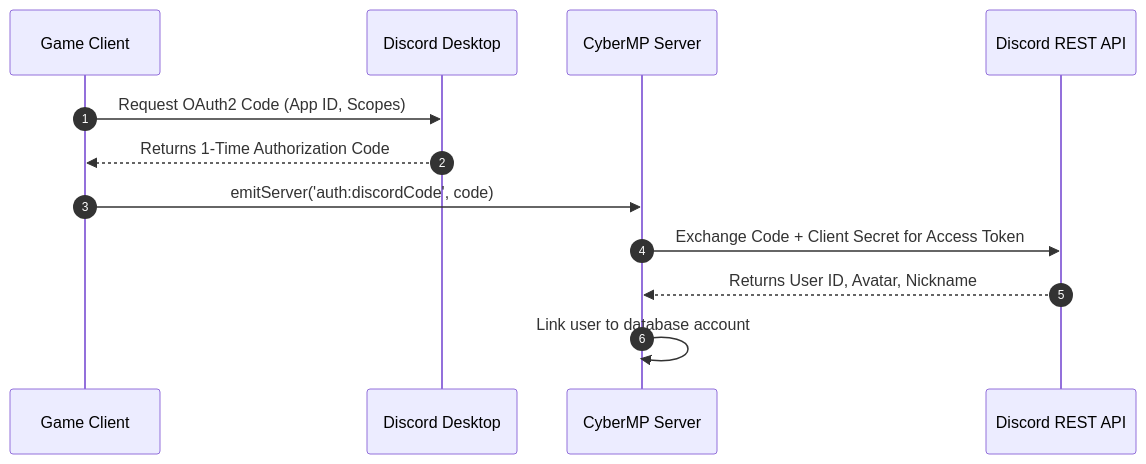
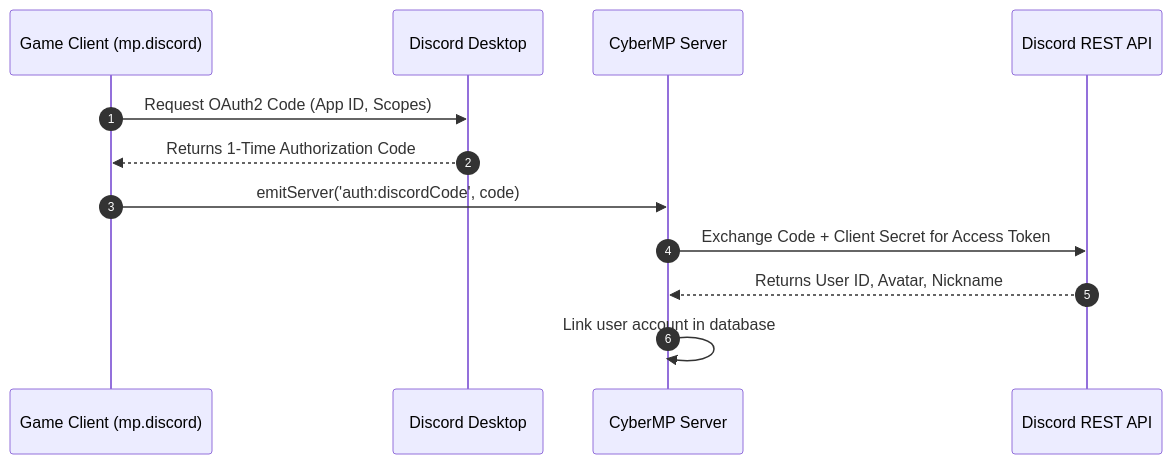
Before and after one commit to CatRass/CyberMP-Docs: the diagram in src/content/docs/guides/client/discord.mdx, drawn with Mermaid. The commit also changed other lines of this file and 13 other files, not shown here.

````diff
--- a/src/content/docs/guides/client/discord.mdx
+++ b/src/content/docs/guides/client/discord.mdx
@@ -108,15 +118,15 @@
 ```mermaid
 sequenceDiagram
     autonumber
-    participant Client as Game Client
+    participant Client as Game Client (mp.discord)
     participant Discord as Discord Desktop
     participant Server as CyberMP Server
     participant DiscordAPI as Discord REST API
 
     Client->>Discord: Request OAuth2 Code (App ID, Scopes)
     Discord-->>Client: Returns 1-Time Authorization Code
     Client->>Server: emitServer('auth:discordCode', code)
     Server->>DiscordAPI: Exchange Code + Client Secret for Access Token
     DiscordAPI-->>Server: Returns User ID, Avatar, Nickname
-    Server->>Server: Link user to database account
+    Server->>Server: Link user account in database
 ```
````
